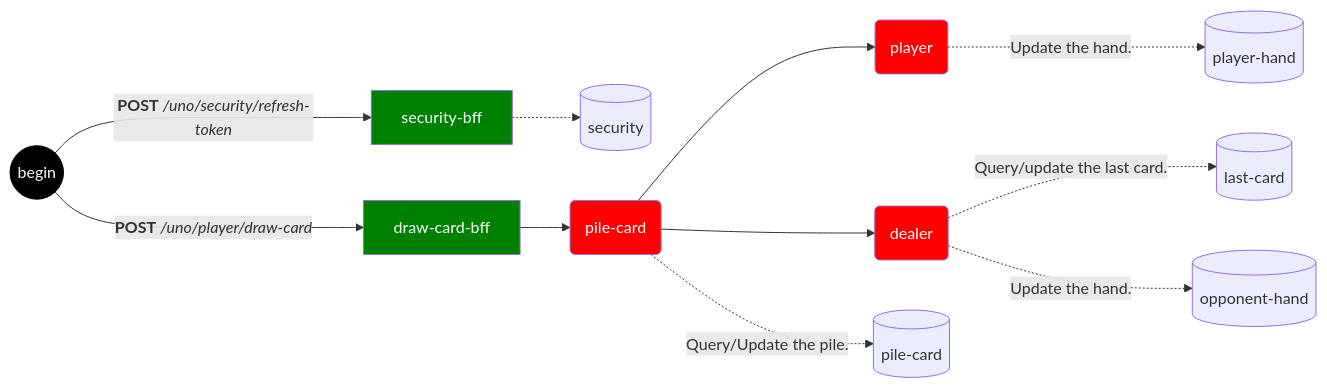
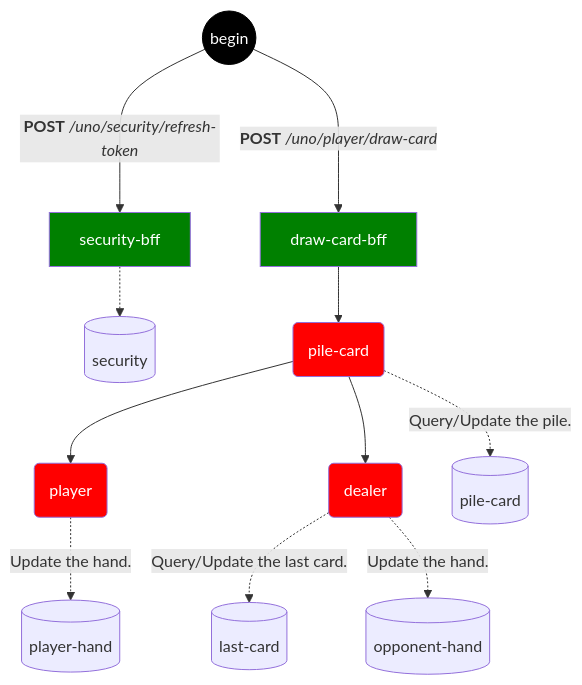
Before and after one commit to olbiwan/uno: the second of 3 diagrams in README.md, drawn with Mermaid.

````diff
--- a/README.md
+++ b/README.md
@@ -65,18 +65,18 @@
 ```mermaid
-flowchart LR
+flowchart TD
     U((begin)) --->|<b>POST</b> <i>/uno/security/refresh-token</i>| S[security-bff]
     S -.-> DS[(security)]
     U --->|<b>POST</b> <i>/uno/player/draw-card</i>| DCB[draw-card-bff]
     DCB --> SPC(pile-card)
-    SD(dealer) -.->|Query/update the last card.| DLC[(last-card)]
+    SD(dealer) -.->|Query/Update the last card.| DLC[(last-card)]
     SPC --> SP(player)
     SPC --> SD
     SD -.->|Update the hand.| DOH[(opponent-hand)]
     SPC -.->|Query/Update the pile.| DPC[(pile-card)]
     SP -.->|Update the hand.| DPH[(player-hand)]
     style U color:#fff,fill:#000,stroke:#000;
     classDef bff color:#fff,fill:green;
     class S,DCB bff;
     classDef second color:#fff,fill:red;
     class SD,SP,SPC second;
 ```
````
